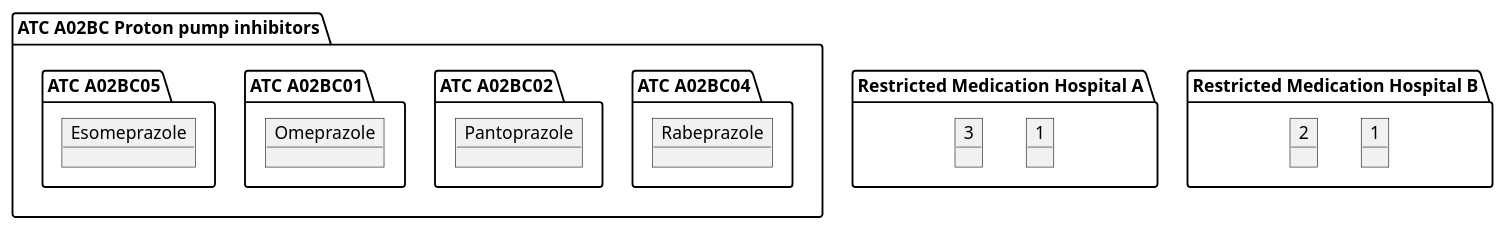
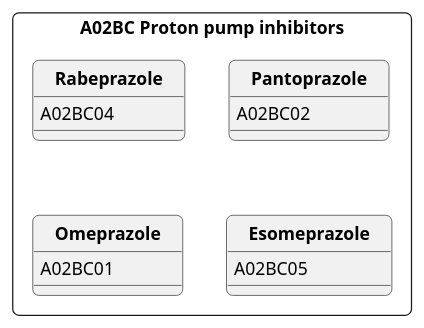
Before and after one commit to costateixeira/hl7-be-fhir-medication: the diagram in input/images-source/medication-group.plantuml, drawn with PlantUML.

```diff
--- a/input/images-source/medication-group.plantuml
+++ b/input/images-source/medication-group.plantuml
@@ -1,35 +1,44 @@
 @startuml
 
+hide stereotype
+hide circle
+skinparam linetype polyline
+skinparam roundCorner 10
 
-package "ATC A02BC Proton pump inhibitors"
- {
 
-package "ATC A02BC04"  {
-object Rabeprazole
 
-}
-package "ATC A02BC02"  {
-object Pantoprazole
 
-}
-package "ATC A02BC01"  {
-object Omeprazole
 
-}
-package "ATC A02BC05"  {
-object Esomeprazole
 
-}
+rectangle "A02BC Proton pump inhibitors" {
+
+class "**    Rabeprazole    **" {
+A02BC04    
 }
 
+class "**    Pantoprazole    **" {
+A02BC02
+}
+
+class "**    Omeprazole    **" {
+    A02BC01
+}
+
+class "**    Esomeprazole**    "{
+A02BC05    
+}
+
+/'
 package "Restricted Medication Hospital A"{
     object 1
     object 3
 }
 
 package "Restricted Medication Hospital B"{
     object "1" as 1b
     object 2
 }
+'/
 
+}
 @enduml
```
